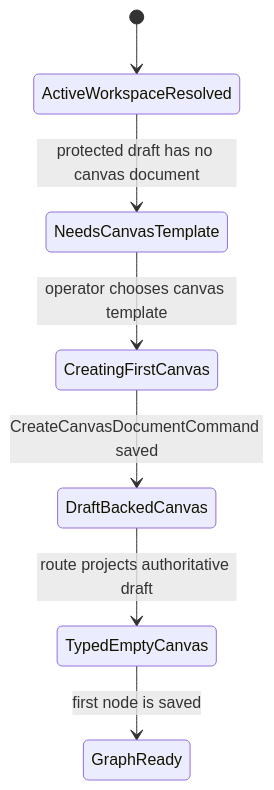
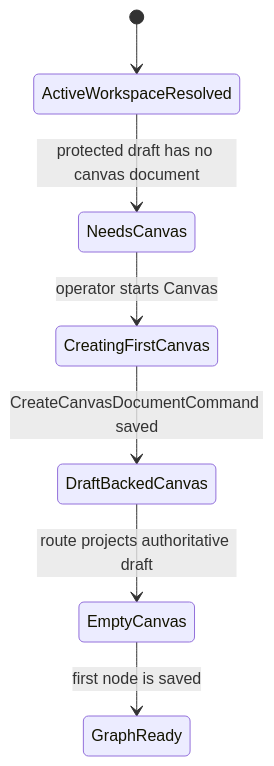
The first of 4 diagrams in docs/architecture/components/web/graph/canvas-startup-template-selection-component.md (dunay2/dvt), drawn with Mermaid before and after one commit. The commit also changed other lines of this file and 21 other files, not shown here.

Commit message:
fix(web): Remove Canvas template choice and false access warnings (#2997)

````diff
--- a/docs/architecture/components/web/graph/canvas-startup-template-selection-component.md
+++ b/docs/architecture/components/web/graph/canvas-startup-template-selection-component.md
@@ -56,9 +48,9 @@
 ```mermaid
 stateDiagram-v2
   [*] --> ActiveWorkspaceResolved
-  ActiveWorkspaceResolved --> NeedsCanvasTemplate: protected draft has no canvas document
-  NeedsCanvasTemplate --> CreatingFirstCanvas: operator chooses canvas template
+  ActiveWorkspaceResolved --> NeedsCanvas: protected draft has no canvas document
+  NeedsCanvas --> CreatingFirstCanvas: operator starts Canvas
   CreatingFirstCanvas --> DraftBackedCanvas: CreateCanvasDocumentCommand saved
-  DraftBackedCanvas --> TypedEmptyCanvas: route projects authoritative draft
-  TypedEmptyCanvas --> GraphReady: first node is saved
+  DraftBackedCanvas --> EmptyCanvas: route projects authoritative draft
+  EmptyCanvas --> GraphReady: first node is saved
 ```
````
